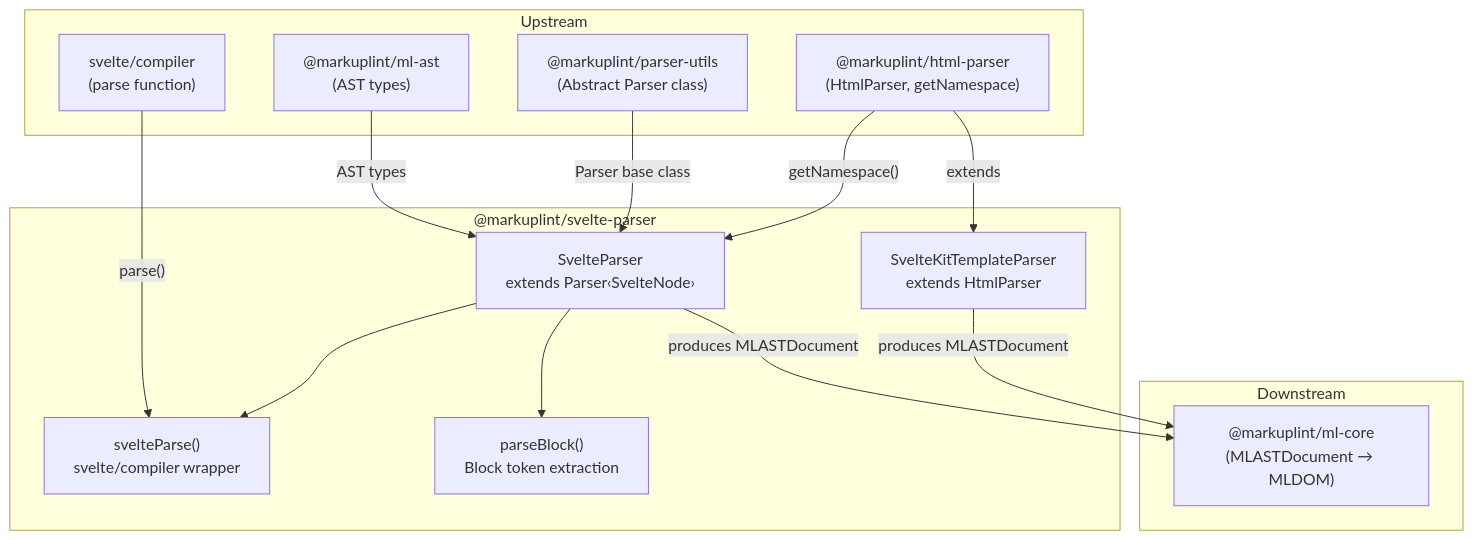
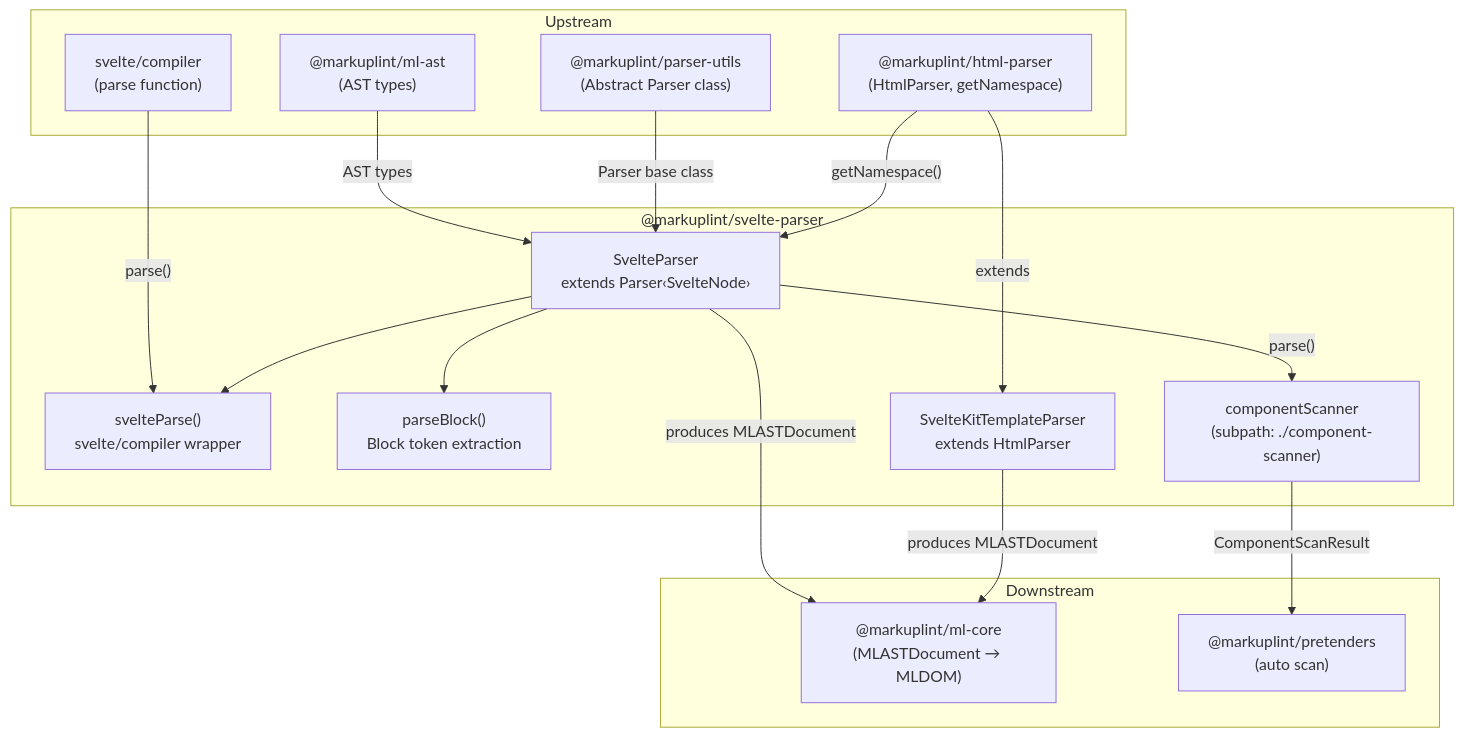
One commit to markuplint/markuplint changed the diagram in packages/@markuplint/svelte-parser/ARCHITECTURE.md. Above: the diagram before and after it, drawn with Mermaid. The commit also changed other lines of this file and 5 other files, not shown here.

First line of the commit message:
docs: add component-scanner to parser ARCHITECTURE.md files

````diff
--- a/packages/@markuplint/svelte-parser/ARCHITECTURE.md
+++ b/packages/@markuplint/svelte-parser/ARCHITECTURE.md
@@ -24,32 +26,36 @@
 ```mermaid
 flowchart TD
     subgraph upstream ["Upstream"]
         mlAst["@markuplint/ml-ast\n(AST types)"]
         parserUtils["@markuplint/parser-utils\n(Abstract Parser class)"]
         htmlParser["@markuplint/html-parser\n(HtmlParser, getNamespace)"]
         svelteCompiler["svelte/compiler\n(parse function)"]
     end
 
     subgraph pkg ["@markuplint/svelte-parser"]
         svelteParser["SvelteParser\nextends Parser‹SvelteNode›"]
         svelteParse["svelteParse()\nsvelte/compiler wrapper"]
         parseBlock["parseBlock()\nBlock token extraction"]
         sveltekitParser["SvelteKitTemplateParser\nextends HtmlParser"]
+        compScanner["componentScanner\n(subpath: ./component-scanner)"]
     end
 
     subgraph downstream ["Downstream"]
         mlCore["@markuplint/ml-core\n(MLASTDocument → MLDOM)"]
+        pretenders["@markuplint/pretenders\n(auto scan)"]
     end
 
     mlAst -->|"AST types"| svelteParser
     parserUtils -->|"Parser base class"| svelteParser
     htmlParser -->|"getNamespace()"| svelteParser
     htmlParser -->|"extends"| sveltekitParser
     svelteCompiler -->|"parse()"| svelteParse
 
     svelteParser --> svelteParse
     svelteParser --> parseBlock
 
     svelteParser -->|"produces MLASTDocument"| mlCore
     sveltekitParser -->|"produces MLASTDocument"| mlCore
+    svelteParser -->|"parse()"| compScanner
+    compScanner -->|"ComponentScanResult"| pretenders
 ```
````
